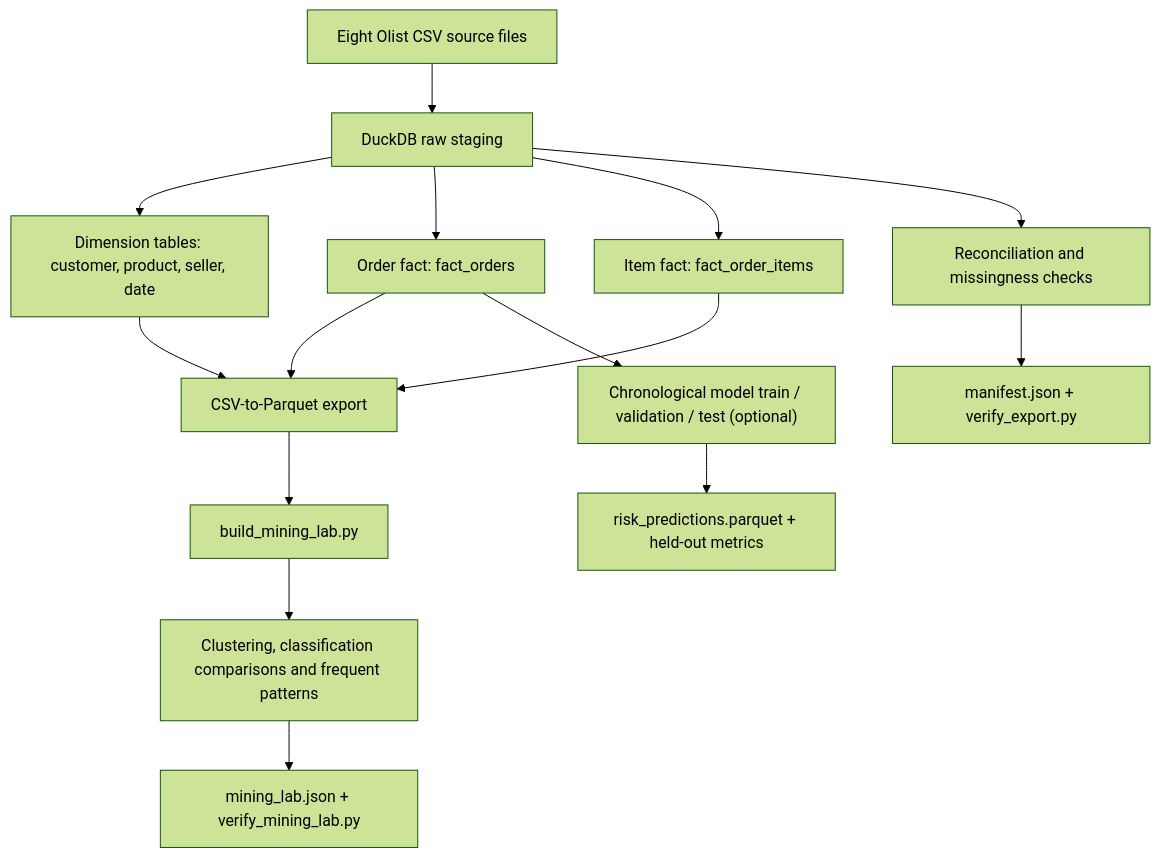
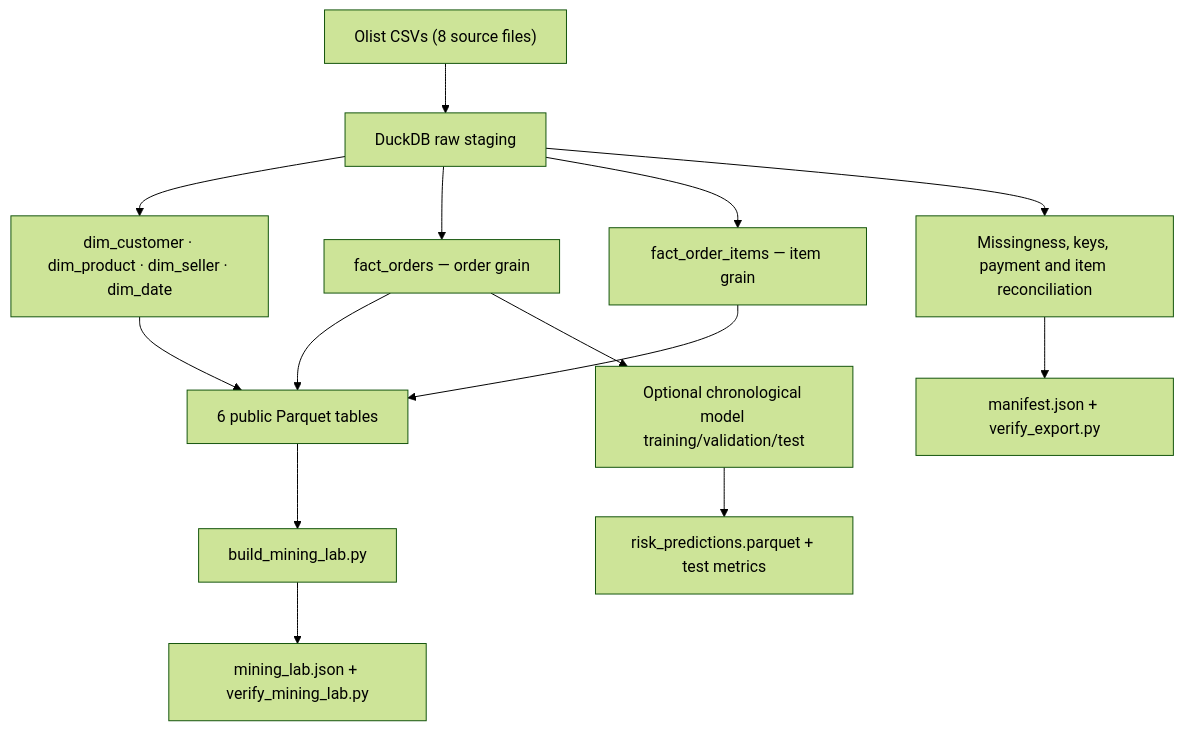
The second of 5 diagrams in docs/ARCHITECTURE_V5.md (kasim672/PromisePulse), drawn with Mermaid (forest theme) before and after one commit. The commit also changed other lines of this file, not shown here.

Commit message:
docs: update architecture diagrams, data lineage and actual Gemini runtime boundaries

````diff
--- a/docs/ARCHITECTURE_V5.md
+++ b/docs/ARCHITECTURE_V5.md
@@ -80,17 +61,16 @@
 ```mermaid
 flowchart TD
-    A["Eight Olist CSV source files"] --> B["DuckDB raw staging"]
-    B --> C["Dimension tables: customer, product, seller, date"]
-    B --> D["Order fact: fact_orders"]
-    B --> E["Item fact: fact_order_items"]
-    C --> F["CSV-to-Parquet export"]
-    D --> F
-    E --> F
-    B --> G["Reconciliation and missingness checks"]
-    G --> H["manifest.json + verify_export.py"]
-    D --> I["Chronological model train / validation / test (optional)"]
-    I --> J["risk_predictions.parquet + held-out metrics"]
-    F --> K["build_mining_lab.py"]
-    K --> L["Clustering, classification comparisons and frequent patterns"]
-    L --> M["mining_lab.json + verify_mining_lab.py"]
+  RAW["Olist CSVs (8 source files)"] --> STAGE["DuckDB raw staging"]
+  STAGE --> DIM["dim_customer · dim_product · dim_seller · dim_date"]
+  STAGE --> FACT["fact_orders — order grain"]
+  STAGE --> ITEMS["fact_order_items — item grain"]
+  DIM --> EXPORT["6 public Parquet tables"]
+  FACT --> EXPORT
+  ITEMS --> EXPORT
+  STAGE --> QA["Missingness, keys, payment and item reconciliation"]
+  QA --> MANIFEST["manifest.json + verify_export.py"]
+  FACT --> RISK["Optional chronological model training/validation/test"]
+  RISK --> TEST["risk_predictions.parquet + test metrics"]
+  EXPORT --> MINING["build_mining_lab.py"]
+  MINING --> RESULTS["mining_lab.json + verify_mining_lab.py"]
 ```
````
